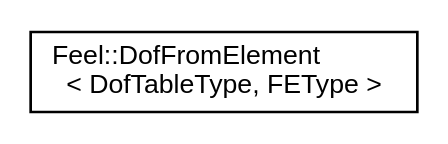
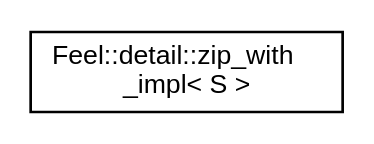
Before and after one commit to feelpp/feelpp: the diagram in inherit_graph_116.dot, drawn with Graphviz. The commit also changed 1416 other files, not shown here.

```diff
--- a/inherit_graph_116.dot
+++ b/inherit_graph_116.dot
@@ -1,8 +1,8 @@
 digraph "Graphical Class Hierarchy"
 {
  // LATEX_PDF_SIZE
   edge [fontname="Helvetica",fontsize="10",labelfontname="Helvetica",labelfontsize="10"];
   node [fontname="Helvetica",fontsize="10",shape=record];
   rankdir="LR";
-  Node0 [label="Feel::DofFromElement\l\< DofTableType, FEType \>",height=0.2,width=0.4,color="black", fillcolor="white", style="filled",URL="$classFeel_1_1DofFromElement.html",tooltip="local dof contribution from an element"];
+  Node0 [label="Feel::detail::zip_with\l_impl\< S \>",height=0.2,width=0.4,color="black", fillcolor="white", style="filled",URL="$structFeel_1_1detail_1_1zip__with__impl.html",tooltip=" "];
 }
```
